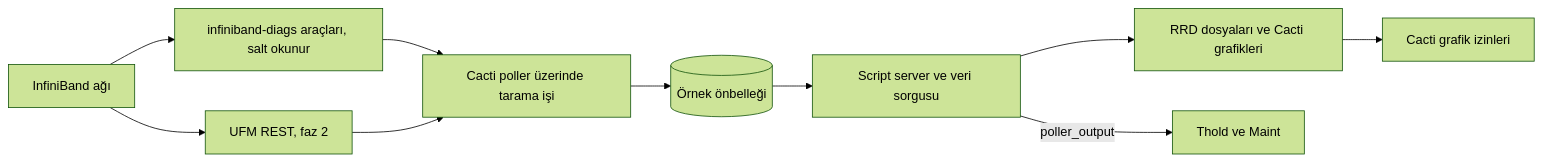
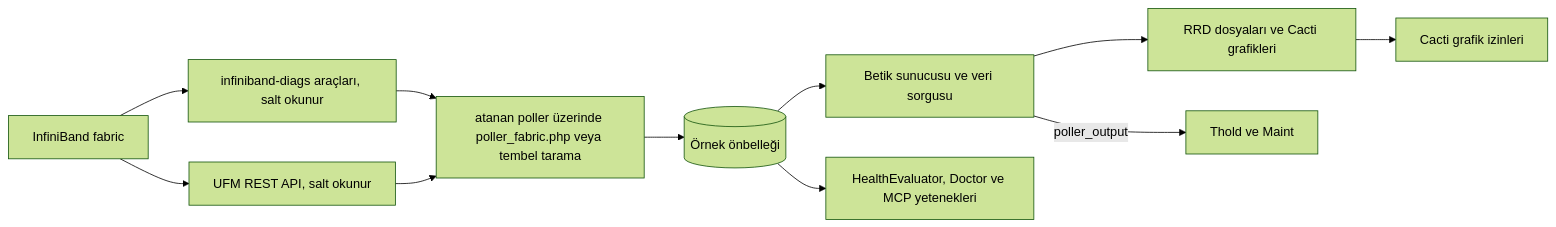
Before and after one commit to somethingwithproof/plugin_fabric: the diagram in docs/i18n/tr-TR/README.md, drawn with Mermaid (forest theme). The commit also changed other lines of this file and 48 other files, not shown here.

````diff
--- a/docs/i18n/tr-TR/README.md
+++ b/docs/i18n/tr-TR/README.md
@@ -102,12 +132,13 @@
 ```mermaid
 flowchart LR
-    F[InfiniBand ağı] --> T[infiniband-diags araçları, salt okunur]
-    F --> U[UFM REST, faz 2]
-    T --> S[Cacti poller üzerinde tarama işi]
+    F[InfiniBand fabric] --> T[infiniband-diags araçları, salt okunur]
+    F --> U[UFM REST API, salt okunur]
+    T --> S[atanan poller üzerinde poller_fabric.php veya tembel tarama]
     U --> S
     S --> C[(Örnek önbelleği)]
-    C --> SS[Script server ve veri sorgusu]
+    C --> SS[Betik sunucusu ve veri sorgusu]
     SS --> R[RRD dosyaları ve Cacti grafikleri]
     SS -->|poller_output| TH[Thold ve Maint]
+    C --> H[HealthEvaluator, Doctor ve MCP yetenekleri]
     R --> P[Cacti grafik izinleri]
 ```
````
